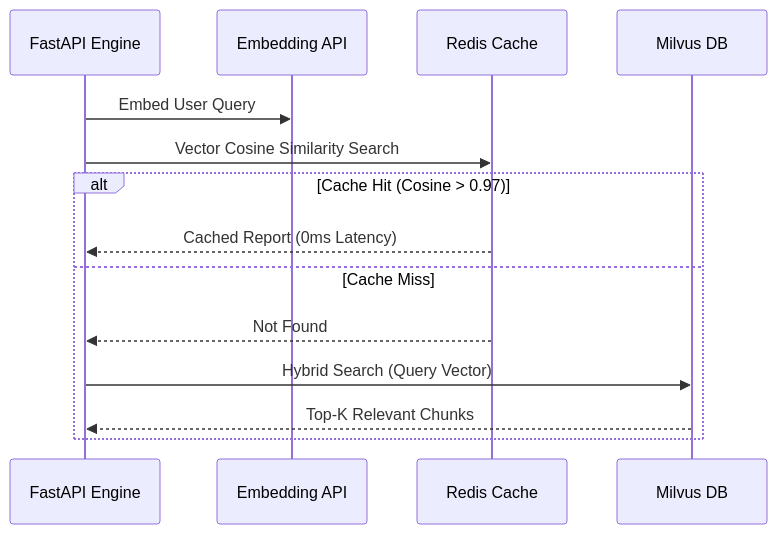
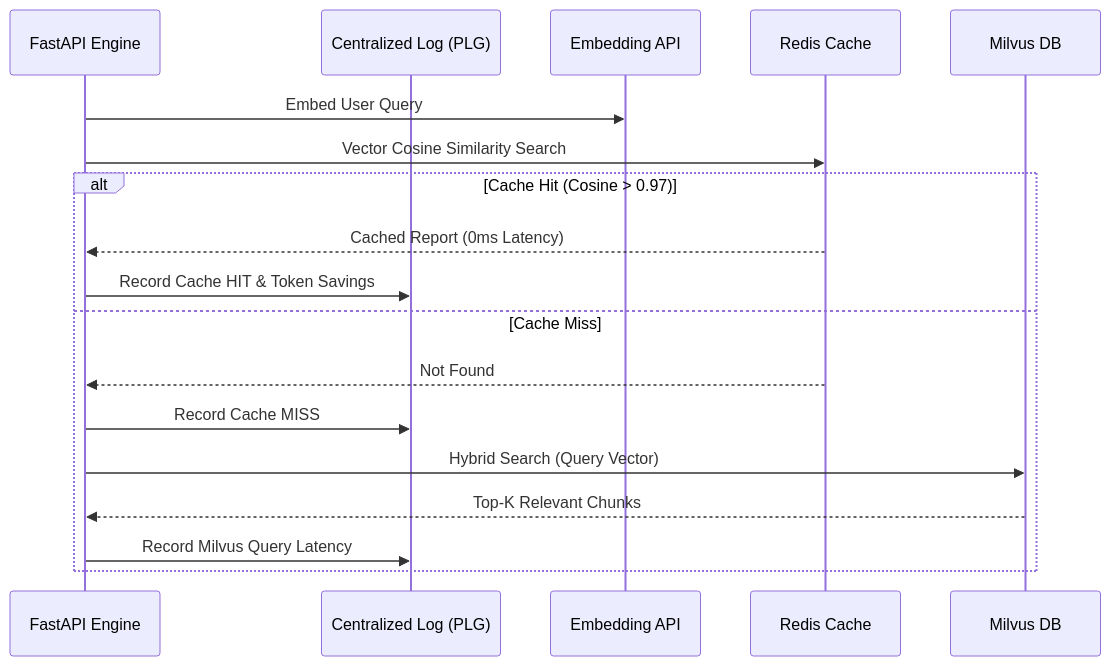
The third of 5 diagrams in README.md (joe-ging/AI_Stock_Analyst_Enterprise), drawn with Mermaid before and after one commit. The commit also changed other lines of this file and 8 other files, not shown here.

Commit message:
docs: comprehensive update to logging architecture and READMEs

````diff
--- a/README.md
+++ b/README.md
@@ -117,17 +124,21 @@
 ```mermaid
 sequenceDiagram
     participant Engine as FastAPI Engine
+    participant Log as Centralized Log (PLG)
     participant AI as Embedding API
     participant Redis as Redis Cache
     participant Milvus as Milvus DB
     
     Engine->>AI: Embed User Query
     Engine->>Redis: Vector Cosine Similarity Search
     alt Cache Hit (Cosine > 0.97)
         Redis-->>Engine: Cached Report (0ms Latency)
+        Engine->>Log: Record Cache HIT & Token Savings
     else Cache Miss
         Redis-->>Engine: Not Found
+        Engine->>Log: Record Cache MISS
         Engine->>Milvus: Hybrid Search (Query Vector)
         Milvus-->>Engine: Top-K Relevant Chunks
+        Engine->>Log: Record Milvus Query Latency
     end
 ```
````
